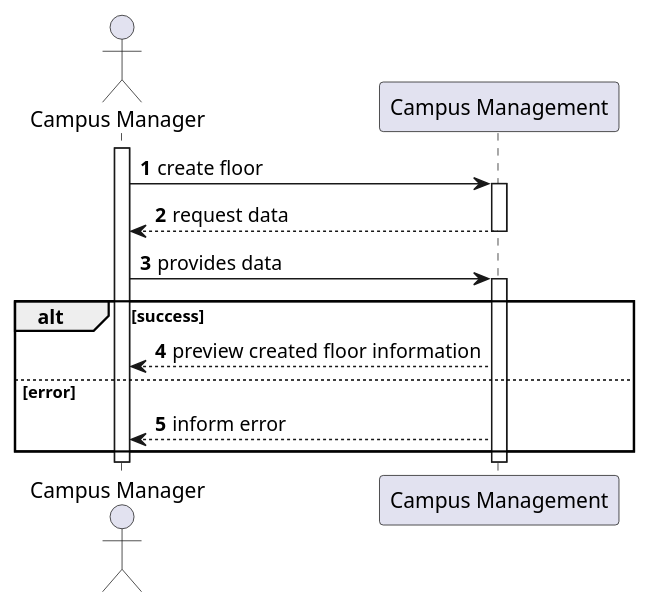
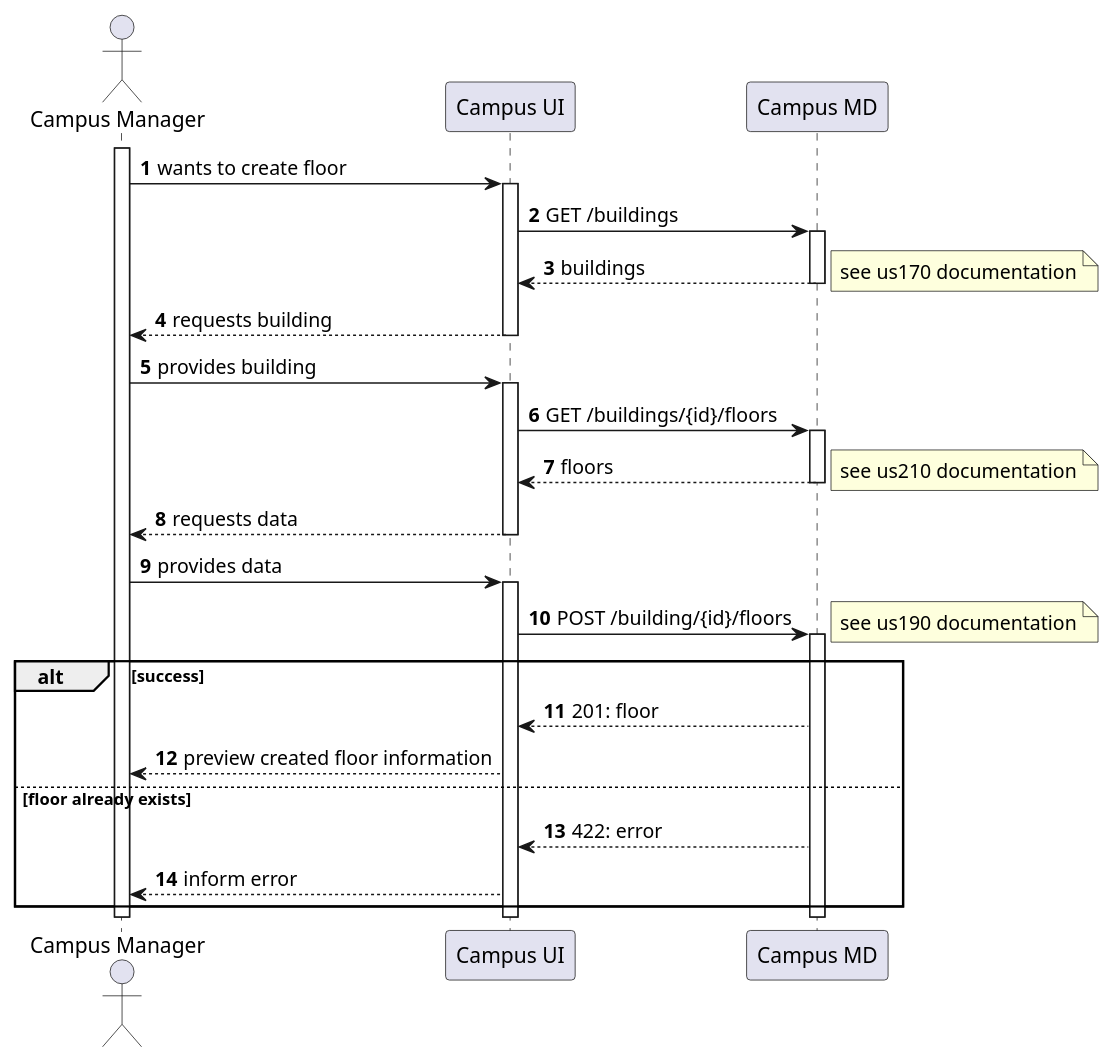
One commit to Departamento-de-Engenharia-Informatica/lapr5-23-24-g19 changed the diagram in docs/us1090/level2/process-view.puml. Above: the diagram before and after it, drawn with PlantUML. The commit also changed 5 other files, not shown here.

```diff
--- a/docs/us1090/level2/process-view.puml
+++ b/docs/us1090/level2/process-view.puml
@@ -1,24 +1,48 @@
 @startuml
 autonumber
 
 actor "Campus Manager" as usr
 
-participant "Campus Management" as mgm
+participant "Campus UI" as ui
+
+'TODO: call it just 'ui'?
+participant "Campus MD" as md
 
 activate usr
-    usr -> mgm : create floor
-    activate mgm
-        mgm --> usr : request data
-    deactivate mgm
+usr -> ui : wants to create floor
+    activate ui
+        ui -> md : GET /buildings
+        activate md
+            md --> ui : buildings
+            note right : see us170 documentation
+        deactivate md
+        ui --> usr : requests building
+    deactivate ui
 
-    usr -> mgm : provides data
-    activate mgm
-        alt success
-            mgm --> usr : preview created floor information
-        else error
-            mgm --> usr : inform error
-        end
-    deactivate mgm
+    usr -> ui : provides building
+    activate ui
+        ui -> md : GET /buildings/{id}/floors
+        activate md
+            md --> ui : floors
+            note right : see us210 documentation
+        deactivate md
+        ui --> usr : requests data
+    deactivate ui
+
+    usr -> ui : provides data
+    activate ui
+        ui -> md : POST /building/{id}/floors
+        activate md
+        note right : see us190 documentation
+            alt success
+                md --> ui : 201: floor
+                ui --> usr : preview created floor information
+            else floor already exists
+                md --> ui : 422: error
+                ui --> usr : inform error
+            end
+        deactivate md
+    deactivate ui
 deactivate usr
 
 @enduml
```
